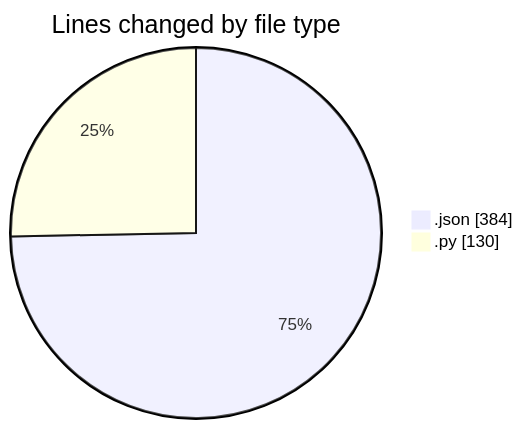
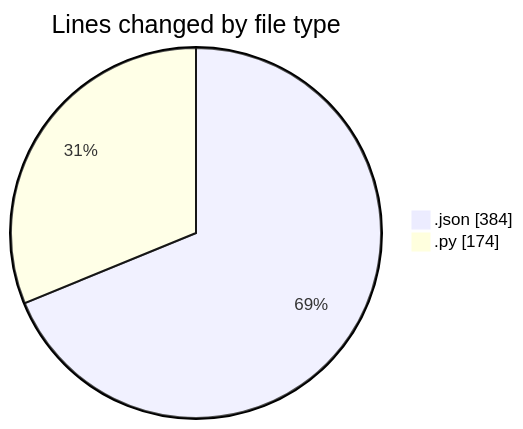
Before and after one commit to Ritupan-Deka/code-tracking: the first of 2 diagrams in 2026-01-02/dsa/README.md, drawn with Mermaid. The commit also changed other lines of this file and 1 other file, not shown here.

````diff
--- a/2026-01-02/dsa/README.md
+++ b/2026-01-02/dsa/README.md
@@ -22,6 +22,6 @@
 ```mermaid
 pie showData
 title Lines changed by file type
 ".json" : 384
-".py" : 130
+".py" : 174
 ```
````
